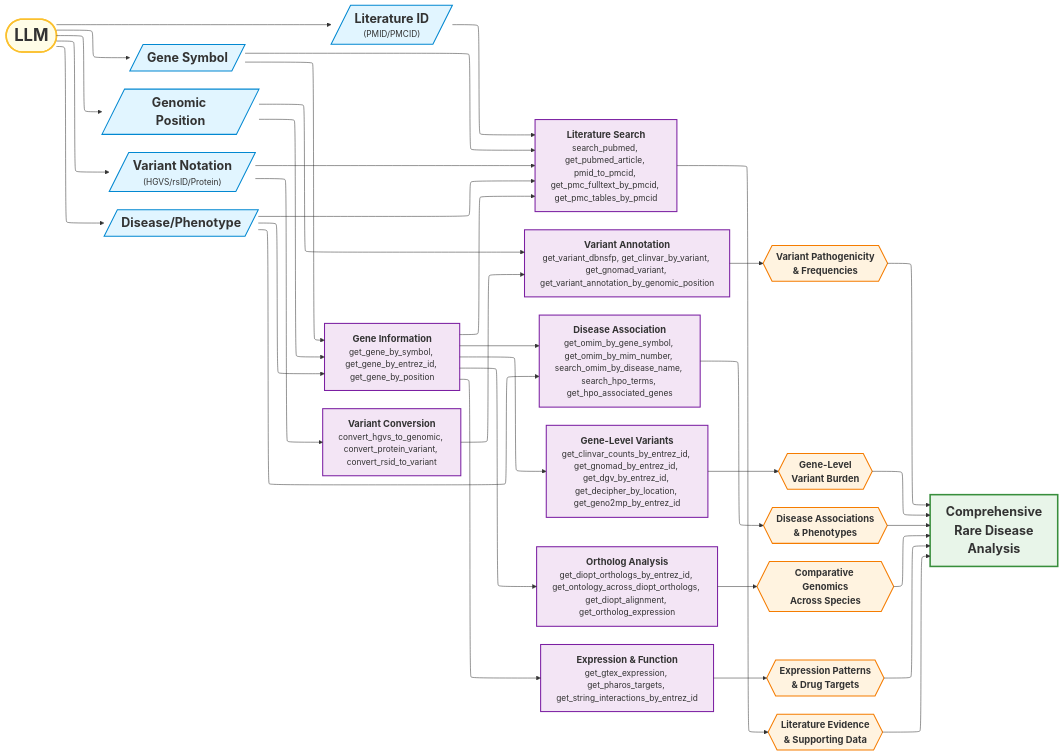
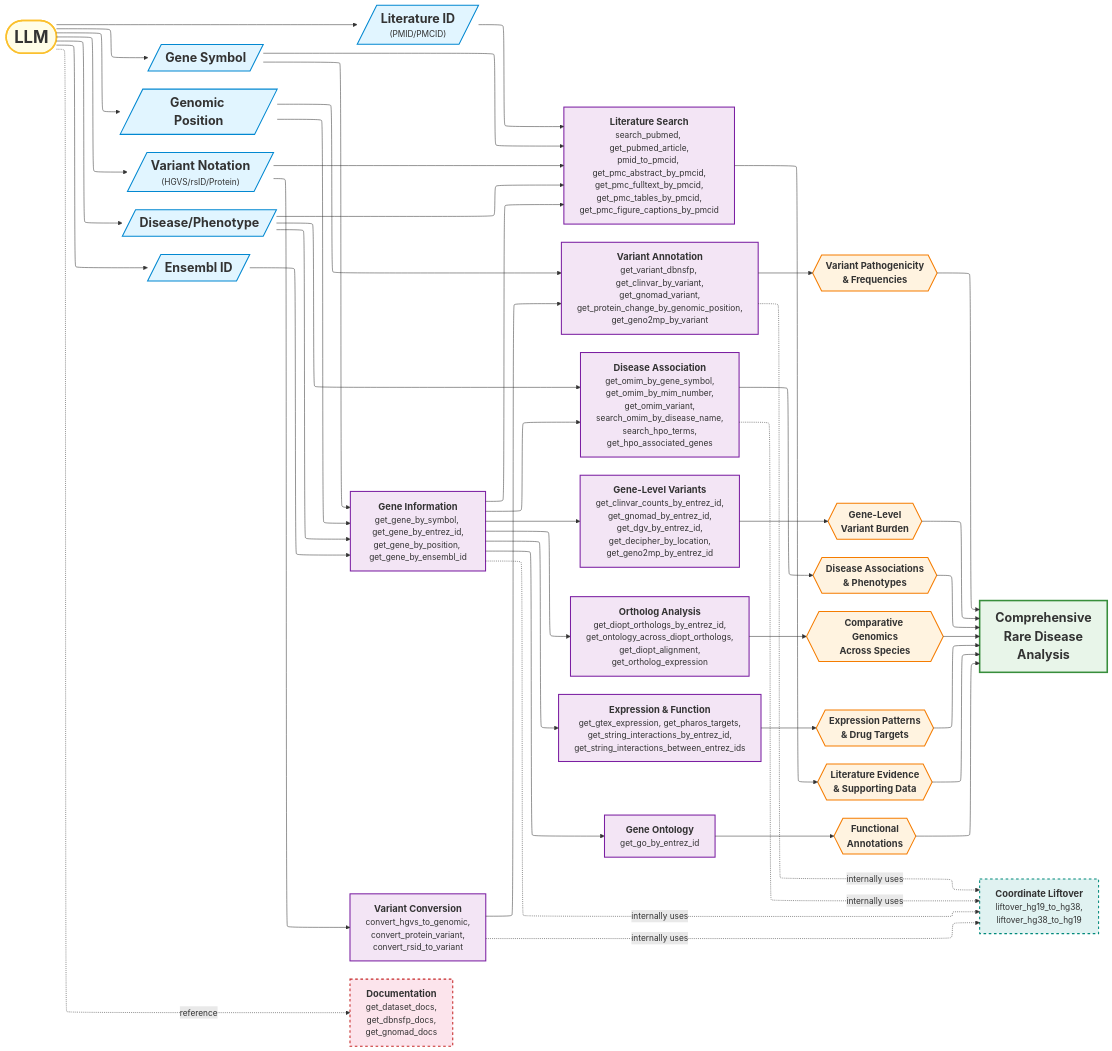
Before and after one commit to hyunhwan-bcm/MARRVEL_MCP: the diagram in docs/TOOL_RELATIONSHIPS.md, drawn with Mermaid. The commit also changed other lines of this file, not shown here.

Commit message:
Updated TOOL_RELATIONSHIPS.md to reflect latests changes in docs (#329)

````diff
--- a/docs/TOOL_RELATIONSHIPS.md
+++ b/docs/TOOL_RELATIONSHIPS.md
@@ -8,13 +8,14 @@
   layout: elk
 ---
 flowchart LR
-    User@{ label: "<b><font size=\"6\">LLM</font></b>" } --> Input1@{ label: "<b><font size=\"5\">Gene Symbol</font></b>" } & Input2@{ label: "<b><font size=\"5\">Genomic Position</font></b>" } & Input3@{ label: "<b><font size=\"5\">Variant Notation</font></b><br>(HGVS/rsID/Protein)" } & Input4@{ label: "<b><font size=\"5\">Disease/Phenotype</font></b>" } & Input5@{ label: "<b><font size=\"5\">Literature ID</font></b><br>(PMID/PMCID)" }
-    Input1 --> GeneTools@{ label: "<b><font size=\"4\">Gene Information</font></b><br>get_gene_by_symbol, get_gene_by_entrez_id, get_gene_by_position" } & LiteratureTools@{ label: "<b><font size=\"4\">Literature Search</font></b><br>search_pubmed, get_pubmed_article, pmid_to_pmcid, get_pmc_fulltext_by_pmcid, get_pmc_tables_by_pmcid" }
-    Input2 --> GeneTools & VariantAnnotation@{ label: "<b><font size=\"4\">Variant Annotation</font></b><br>get_variant_dbnsfp, get_clinvar_by_variant, get_gnomad_variant, get_variant_annotation_by_genomic_position" }
-    Input4 --> GeneTools & DiseaseTools@{ label: "<b><font size=\"4\">Disease Association</font></b><br>get_omim_by_gene_symbol, get_omim_by_mim_number, search_omim_by_disease_name, search_hpo_terms, get_hpo_associated_genes" } & LiteratureTools
-    Input3 --> VariantConversion@{ label: "<b><font size=\"4\">Variant Conversion</font></b><br>convert_hgvs_to_genomic, convert_protein_variant, convert_rsid_to_variant" } & LiteratureTools
+    User@{ label: "<b><font size=\"6\">LLM</font></b>" } --> Input1@{ label: "<b><font size=\"5\">Gene Symbol</font></b>" } & Input2@{ label: "<b><font size=\"5\">Genomic Position</font></b>" } & Input3@{ label: "<b><font size=\"5\">Variant Notation</font></b><br>(HGVS/rsID/Protein)" } & Input4@{ label: "<b><font size=\"5\">Disease/Phenotype</font></b>" } & Input5@{ label: "<b><font size=\"5\">Literature ID</font></b><br>(PMID/PMCID)" } & Input6@{ label: "<b><font size=\"5\">Ensembl ID</font></b>" }
+    Input1 --> GeneTools@{ label: "<b><font size=\"4\">Gene Information</font></b><br>get_gene_by_symbol, get_gene_by_entrez_id,<br>get_gene_by_position, get_gene_by_ensembl_id" } & LiteratureTools@{ label: "<b><font size=\"4\">Literature Search</font></b><br>search_pubmed, get_pubmed_article,<br>pmid_to_pmcid, get_pmc_abstract_by_pmcid,<br>get_pmc_fulltext_by_pmcid,<br>get_pmc_tables_by_pmcid,<br>get_pmc_figure_captions_by_pmcid" }
+    Input2 --> GeneTools & VariantAnnotation@{ label: "<b><font size=\"4\">Variant Annotation</font></b><br>get_variant_dbnsfp, get_clinvar_by_variant,<br>get_gnomad_variant,<br>get_protein_change_by_genomic_position,<br>get_geno2mp_by_variant" }
+    Input4 --> GeneTools & DiseaseTools@{ label: "<b><font size=\"4\">Disease Association</font></b><br>get_omim_by_gene_symbol,<br>get_omim_by_mim_number,<br>get_omim_variant,<br>search_omim_by_disease_name,<br>search_hpo_terms,<br>get_hpo_associated_genes" } & LiteratureTools
+    Input3 --> VariantConversion@{ label: "<b><font size=\"4\">Variant Conversion</font></b><br>convert_hgvs_to_genomic,<br>convert_protein_variant,<br>convert_rsid_to_variant" } & LiteratureTools
+    Input6 --> GeneTools
     VariantConversion --> VariantAnnotation
-    GeneTools --> GeneVariants@{ label: "<b><font size=\"4\">Gene-Level Variants</font></b><br>get_clinvar_counts_by_entrez_id, get_gnomad_by_entrez_id, get_dgv_by_entrez_id, get_decipher_by_location, get_geno2mp_by_entrez_id" } & DiseaseTools & OrthologTools@{ label: "<b><font size=\"4\">Ortholog Analysis</font></b><br>get_diopt_orthologs_by_entrez_id, get_ontology_across_diopt_orthologs, get_diopt_alignment, get_ortholog_expression" } & ExpressionTools@{ label: "<b><font size=\"4\">Expression &amp; Function</font></b><br>get_gtex_expression, get_pharos_targets, get_string_interactions_by_entrez_id" } & LiteratureTools
+    GeneTools --> GeneVariants@{ label: "<b><font size=\"4\">Gene-Level Variants</font></b><br>get_clinvar_counts_by_entrez_id,<br>get_gnomad_by_entrez_id,<br>get_dgv_by_entrez_id,<br>get_decipher_by_location,<br>get_geno2mp_by_entrez_id" } & DiseaseTools & OrthologTools@{ label: "<b><font size=\"4\">Ortholog Analysis</font></b><br>get_diopt_orthologs_by_entrez_id,<br>get_ontology_across_diopt_orthologs,<br>get_diopt_alignment,<br>get_ortholog_expression" } & ExpressionTools@{ label: "<b><font size=\"4\">Expression &amp; Function</font></b><br>get_gtex_expression, get_pharos_targets,<br>get_string_interactions_by_entrez_id,<br>get_string_interactions_between_entrez_ids" } & GOTools@{ label: "<b><font size=\"4\">Gene Ontology</font></b><br>get_go_by_entrez_id" } & LiteratureTools
     Input5 --> LiteratureTools
     VariantAnnotation --> Results1@{ label: "<b><font size=\"4\">Variant Pathogenicity<br>&amp; Frequencies</font></b>" }
     GeneVariants --> Results2@{ label: "<b><font size=\"4\">Gene-Level<br>Variant Burden</font></b>" }
@@ -22,18 +23,28 @@
     OrthologTools --> Results4@{ label: "<b><font size=\"4\">Comparative Genomics<br>Across Species</font></b>" }
     ExpressionTools --> Results5@{ label: "<b><font size=\"4\">Expression Patterns<br>&amp; Drug Targets</font></b>" }
     LiteratureTools --> Results6@{ label: "<b><font size=\"4\">Literature Evidence<br>&amp; Supporting Data</font></b>" }
+    GOTools --> Results7@{ label: "<b><font size=\"4\">Functional<br>Annotations</font></b>" }
     Results1 --> FinalReport@{ label: "<b><font size=\"5\">Comprehensive<br>Rare Disease<br>Analysis</font></b>" }
     Results2 --> FinalReport
     Results3 --> FinalReport
     Results4 --> FinalReport
     Results5 --> FinalReport
     Results6 --> FinalReport
+    Results7 --> FinalReport
+    LiftoverTools@{ label: "<b><font size=\"4\">Coordinate Liftover</font></b><br>liftover_hg19_to_hg38,<br>liftover_hg38_to_hg19" }
+    VariantConversion -.->|"internally uses"| LiftoverTools
+    VariantAnnotation -.->|"internally uses"| LiftoverTools
+    DiseaseTools -.->|"internally uses"| LiftoverTools
+    GeneTools -.->|"internally uses"| LiftoverTools
+    DocTools@{ label: "<b><font size=\"4\">Documentation</font></b><br>get_dataset_docs,<br>get_dbnsfp_docs,<br>get_gnomad_docs" }
+    User -.->|"reference"| DocTools
     User@{ shape: terminal}
     Input1@{ shape: lean-r}
     Input2@{ shape: lean-r}
     Input3@{ shape: lean-r}
     Input4@{ shape: lean-r}
     Input5@{ shape: lean-r}
+    Input6@{ shape: lean-r}
     GeneTools@{ shape: rect}
     LiteratureTools@{ shape: rect}
     VariantAnnotation@{ shape: rect}
@@ -42,12 +53,16 @@
     GeneVariants@{ shape: rect}
     OrthologTools@{ shape: rect}
     ExpressionTools@{ shape: rect}
+    GOTools@{ shape: rect}
+    LiftoverTools@{ shape: rect}
+    DocTools@{ shape: rect}
     Results1@{ shape: hexagon}
     Results2@{ shape: hexagon}
     Results3@{ shape: hexagon}
     Results4@{ shape: hexagon}
     Results5@{ shape: hexagon}
     Results6@{ shape: hexagon}
+    Results7@{ shape: hexagon}
     FinalReport@{ shape: rect}
      User:::userNode
      Input1:::inputNode
@@ -55,6 +70,7 @@
      Input3:::inputNode
      Input4:::inputNode
      Input5:::inputNode
+     Input6:::inputNode
      GeneTools:::toolCategory
      LiteratureTools:::toolCategory
      VariantAnnotation:::toolCategory
@@ -63,17 +79,23 @@
      GeneVariants:::toolCategory
      OrthologTools:::toolCategory
      ExpressionTools:::toolCategory
+     GOTools:::toolCategory
+     LiftoverTools:::utilityNode
+     DocTools:::docNode
      Results1:::resultNode
      Results2:::resultNode
      Results3:::resultNode
      Results4:::resultNode
      Results5:::resultNode
      Results6:::resultNode
+     Results7:::resultNode
      FinalReport:::finalNode
     classDef inputNode fill:#e1f5ff,stroke:#0288d1,stroke-width:2px
     classDef toolCategory fill:#f3e5f5,stroke:#7b1fa2,stroke-width:2px
     classDef resultNode fill:#fff3e0,stroke:#f57c00,stroke-width:2px
     classDef finalNode fill:#e8f5e9,stroke:#388e3c,stroke-width:3px
     classDef userNode fill:#fffde7,stroke:#fbc02d,stroke-width:3px
+    classDef utilityNode fill:#e0f2f1,stroke:#00897b,stroke-width:2px,stroke-dasharray: 5 5
+    classDef docNode fill:#fce4ec,stroke:#c62828,stroke-width:2px,stroke-dasharray: 5 5
 
 ```
````
